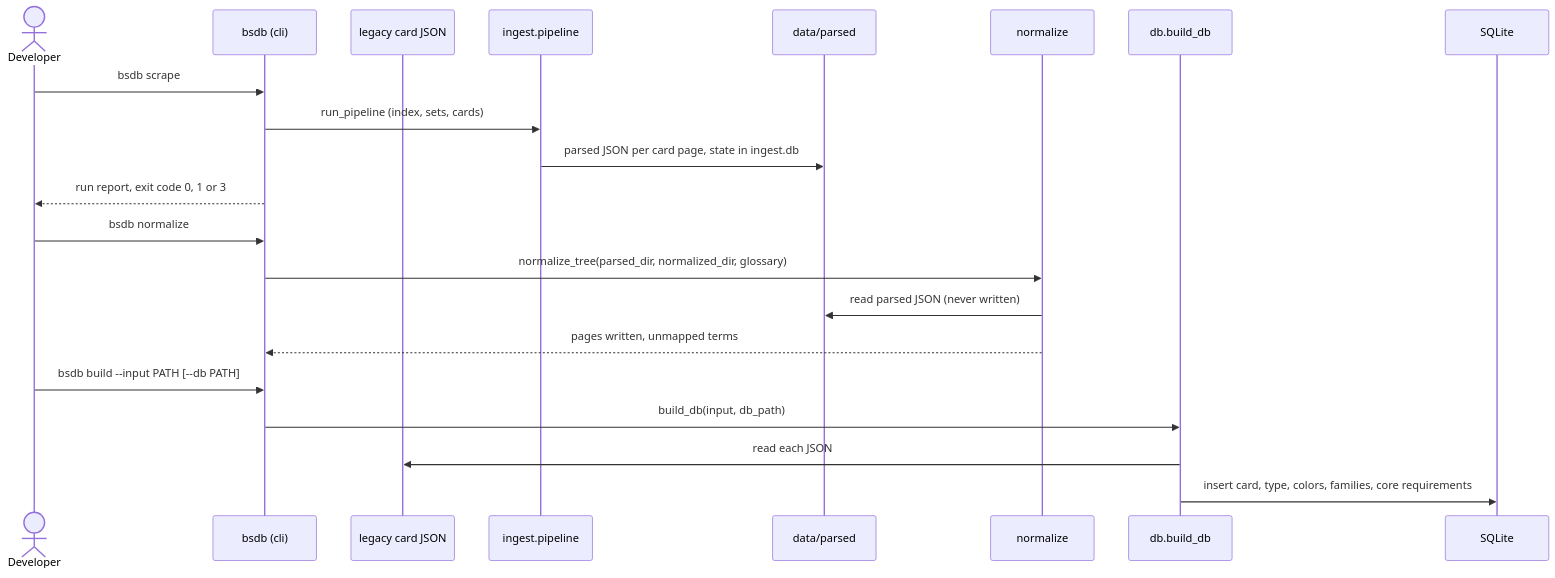
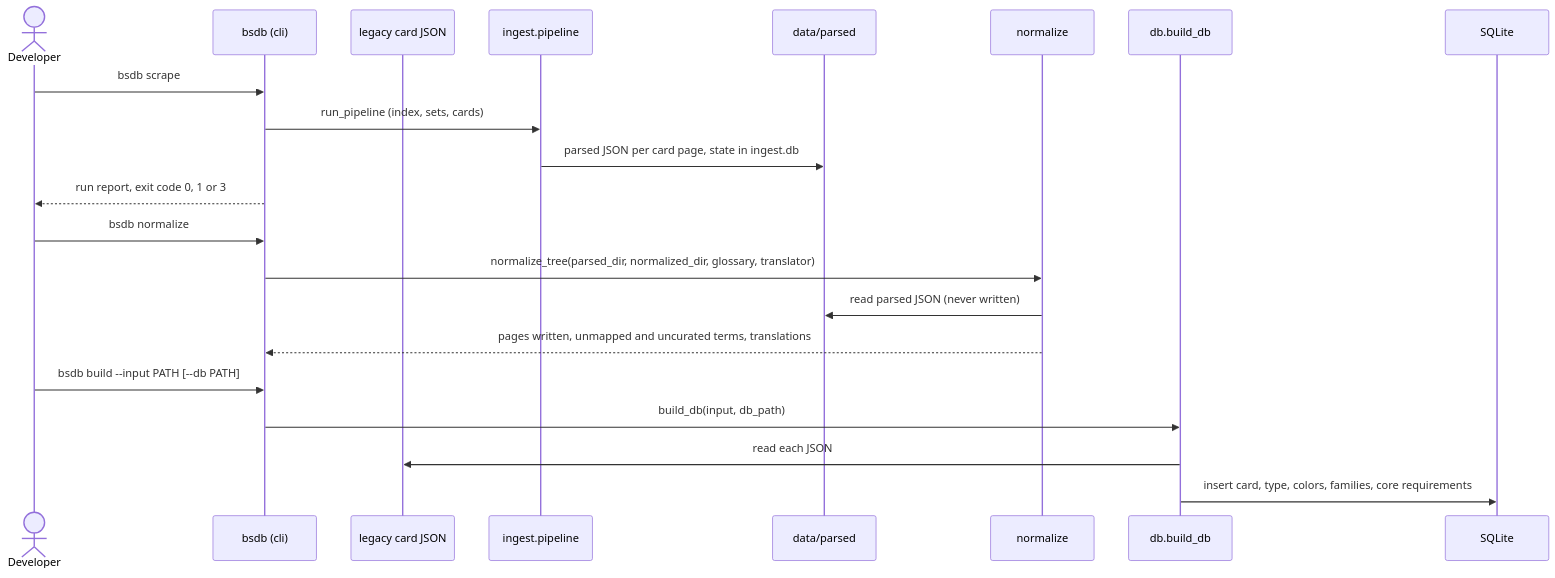
The third of 3 diagrams in docs/architecture/overview.md (AleFire99/BS_Database), drawn with Mermaid before and after one commit. The commit also changed other lines of this file and 6 other files, not shown here.

````diff
--- a/docs/architecture/overview.md
+++ b/docs/architecture/overview.md
@@ -102,24 +102,24 @@
 ```mermaid
 sequenceDiagram
     actor Dev as Developer
     participant C as bsdb (cli)
     participant J as legacy card JSON
     participant I as ingest.pipeline
     participant P as data/parsed
     participant N as normalize
     participant D as db.build_db
     participant DB as SQLite
 
     Dev->>C: bsdb scrape
     C->>I: run_pipeline (index, sets, cards)
     I->>P: parsed JSON per card page, state in ingest.db
     C-->>Dev: run report, exit code 0, 1 or 3
     Dev->>C: bsdb normalize
-    C->>N: normalize_tree(parsed_dir, normalized_dir, glossary)
+    C->>N: normalize_tree(parsed_dir, normalized_dir, glossary, translator)
     N->>P: read parsed JSON (never written)
-    N-->>C: pages written, unmapped terms
+    N-->>C: pages written, unmapped and uncurated terms, translations
     Dev->>C: bsdb build --input PATH [--db PATH]
     C->>D: build_db(input, db_path)
     D->>J: read each JSON
     D->>DB: insert card, type, colors, families, core requirements
 ```
````
